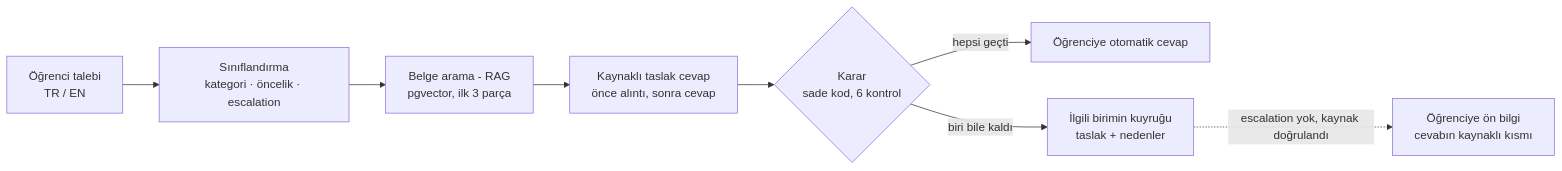
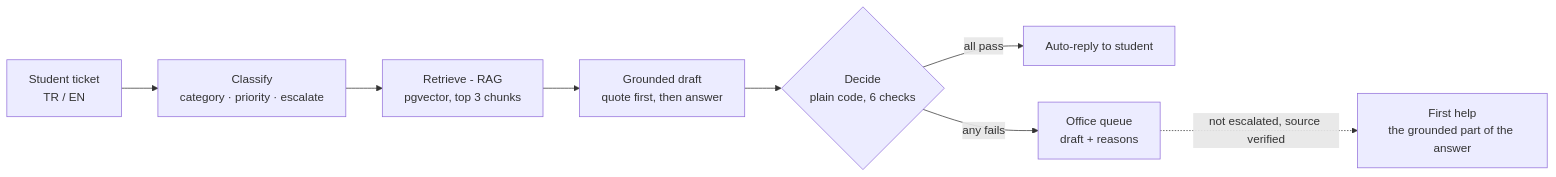
Before and after one commit to AhmedElghazzawy/ai-ticket-assistant: the diagram in README.md, drawn with Mermaid. The commit also changed other lines of this file and 14 other files, not shown here.

````diff
--- a/README.md
+++ b/README.md
@@ -51,10 +43,10 @@
 ```mermaid
 flowchart LR
-    T[Öğrenci talebi<br/>TR / EN] --> C[Sınıflandırma<br/>kategori · öncelik · escalation]
-    C --> R[Belge arama - RAG<br/>pgvector, ilk 3 parça]
-    R --> A[Kaynaklı taslak cevap<br/>önce alıntı, sonra cevap]
-    A --> D{Karar<br/>sade kod, 6 kontrol}
-    D -->|hepsi geçti| S[Öğrenciye otomatik cevap]
-    D -->|biri bile kaldı| H[İlgili birimin kuyruğu<br/>taslak + nedenler]
-    H -.->|escalation yok, kaynak doğrulandı| F[Öğrenciye ön bilgi<br/>cevabın kaynaklı kısmı]
+    T[Student ticket<br/>TR / EN] --> C[Classify<br/>category · priority · escalate]
+    C --> R[Retrieve - RAG<br/>pgvector, top 3 chunks]
+    R --> A[Grounded draft<br/>quote first, then answer]
+    A --> D{Decide<br/>plain code, 6 checks}
+    D -->|all pass| S[Auto-reply to student]
+    D -->|any fails| H[Office queue<br/>draft + reasons]
+    H -.->|not escalated, source verified| F[First help<br/>the grounded part of the answer]
 ```
````
